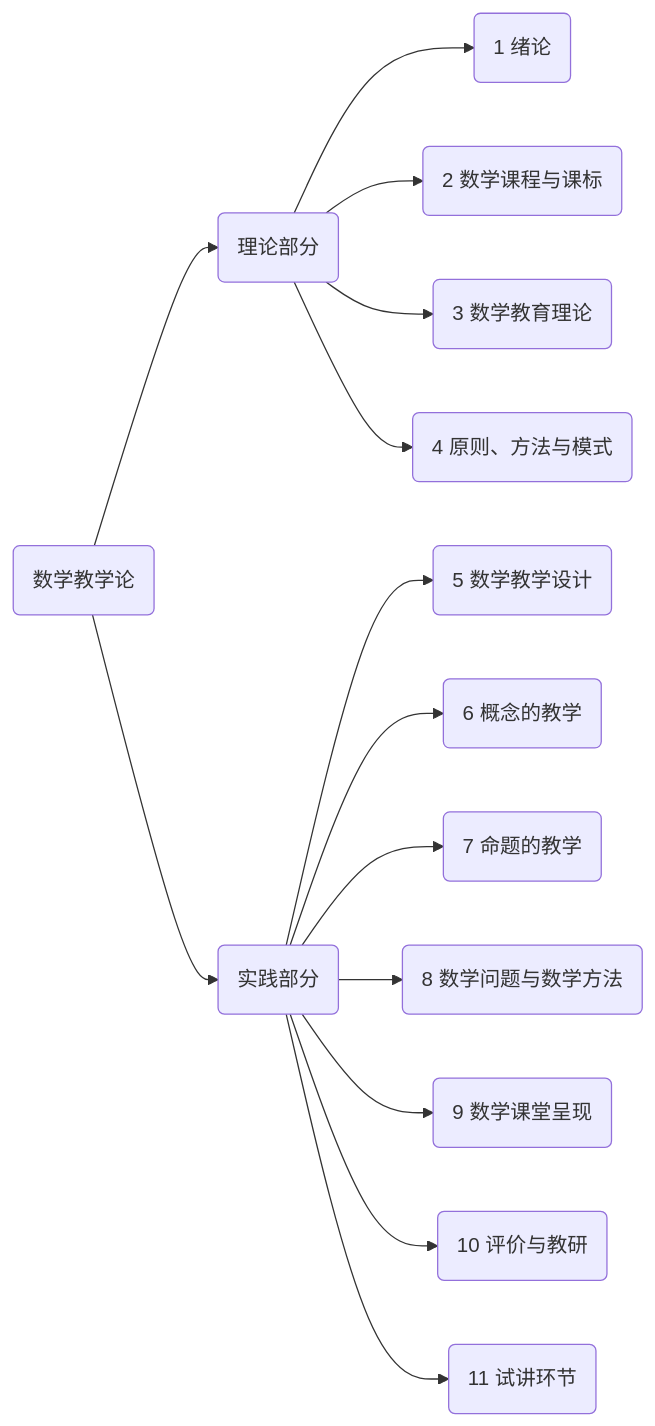
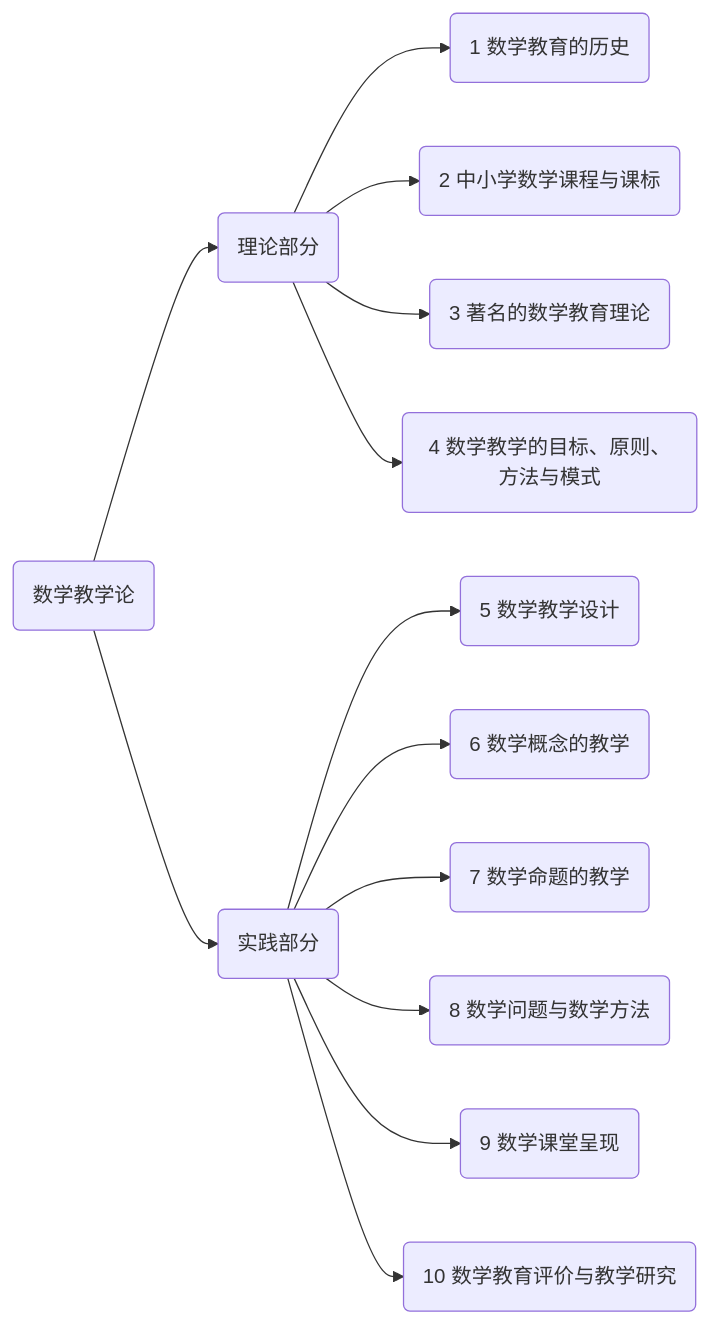
Before and after one commit to SongNingSDUT/SongNingSDUT.github.io: the diagram in html/lecture/mathTeacher/jiangyi/01.md, drawn with Mermaid. The commit also changed other lines of this file and 2 other files, not shown here.

````diff
--- a/html/lecture/mathTeacher/jiangyi/01.md
+++ b/html/lecture/mathTeacher/jiangyi/01.md
@@ -140,16 +138,15 @@
 ```mermaid
 graph LR;
 A("数学教学论")-->B1("理论部分")
 A-->B2("实践部分")
-B1-->C1("1 绪论")
-B1-->C2("2 数学课程与课标")
-B1-->C3("3 数学教育理论")
-B1-->C4("4 原则、方法与模式")
+B1-->C1("1 数学教育的历史")
+B1-->C2("2 中小学数学课程与课标")
+B1-->C3("3 著名的数学教育理论")
+B1-->C4("4 数学教学的目标、原则、方法与模式")
 B2-->C5("5 数学教学设计")
-B2-->C6("6 概念的教学")
-B2-->C7("7 命题的教学")
+B2-->C6("6 数学概念的教学")
+B2-->C7("7 数学命题的教学")
 B2-->C8("8 数学问题与数学方法")
 B2-->C9("9 数学课堂呈现")
-B2-->C10("10 评价与教研")
-B2-->D("11 试讲环节")
+B2-->C10("10 数学教育评价与教学研究")
 ```
````
